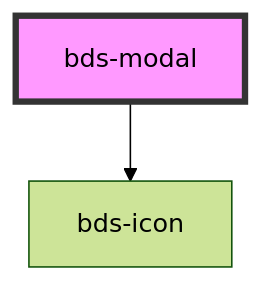
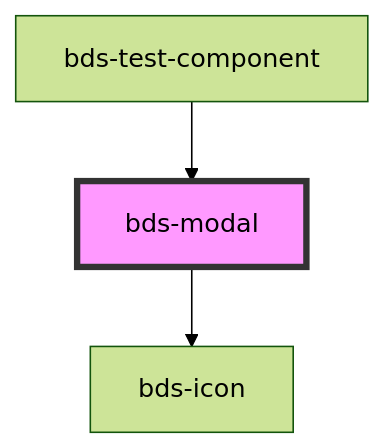
One commit to takenet/blip-ds changed the diagram in src/components/modal/readme.md. Above: the diagram before and after it, drawn with Mermaid (forest theme). The commit also changed other lines of this file and 73 other files, not shown here.

````diff
--- a/src/components/modal/readme.md
+++ b/src/components/modal/readme.md
@@ -44,5 +48,6 @@
 ```mermaid
 graph TD;
   bds-modal --> bds-icon
+  bds-test-component --> bds-modal
   style bds-modal fill:#f9f,stroke:#333,stroke-width:4px
 ```
````
